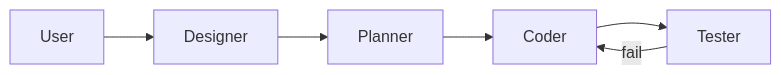
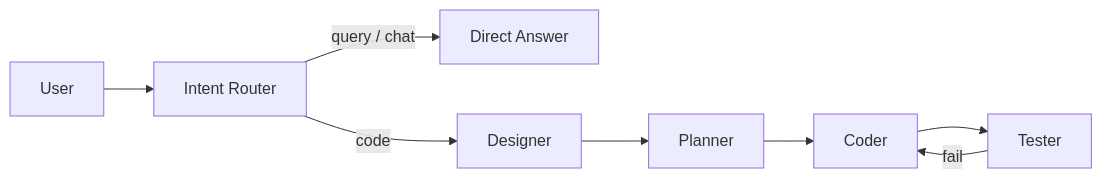
Before and after one commit to VV-noob/VV: the diagram in README.md, drawn with Mermaid. The commit also changed other lines of this file and 6 other files, not shown here.

Commit message:
feat: 完善多智能体路由机制，支持闲聊意图拦截与通用算法生成

````diff
--- a/README.md
+++ b/README.md
@@ -7,8 +7,10 @@
 ```mermaid
 flowchart LR
-    U[User] --> D[Designer]
+    U[User] --> R[Intent Router]
+    R -->|query / chat| Q[Direct Answer]
+    R -->|code| D[Designer]
     D --> P[Planner]
     P --> C[Coder]
     C --> T[Tester]
     T -->|fail| C
 ```
````
